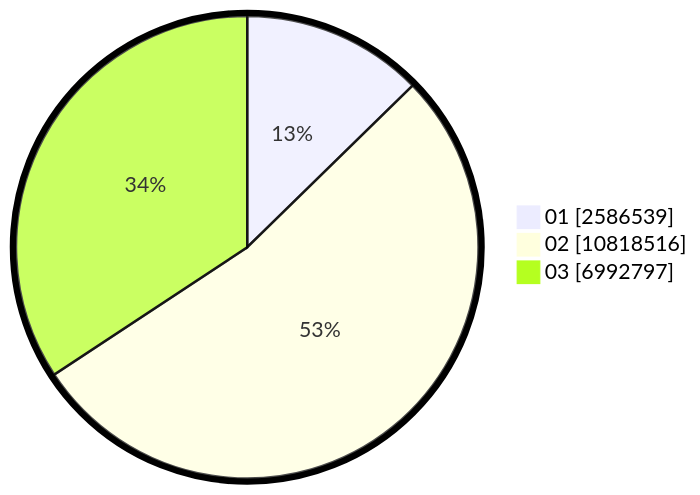
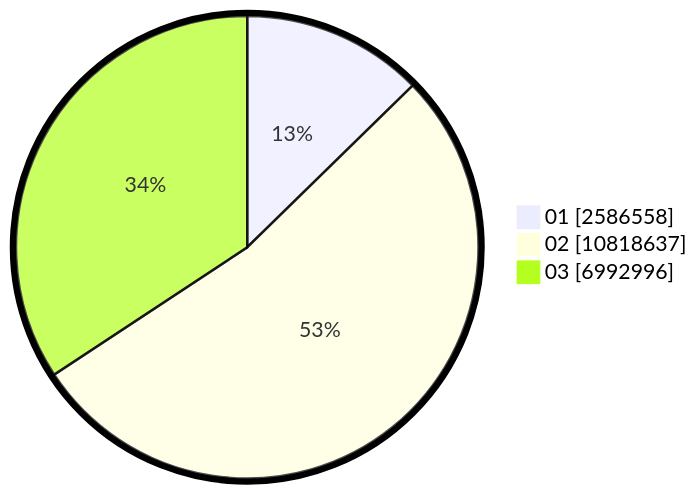
One commit to gigit-pemilu/pemilu-2024 changed the second of 2 diagrams in pilpres/hitung-suara/sub/table-wilayah-33.md. Above: the diagram before and after it, drawn with Mermaid. The commit also changed other lines of this file and 8 other files, not shown here.

````diff
--- a/pilpres/hitung-suara/sub/table-wilayah-33.md
+++ b/pilpres/hitung-suara/sub/table-wilayah-33.md
@@ -15,7 +15,7 @@
 ```mermaid
 %%{init: {"pie": {"textPosition": 0.5}, "themeVariables": {"pieOuterStrokeWidth": "5px"}} }%%
 pie showData
-    "01" : 2586539
-    "02" : 10818516
-    "03" : 6992797
+    "01" : 2586558
+    "02" : 10818637
+    "03" : 6992996
 ```
````
